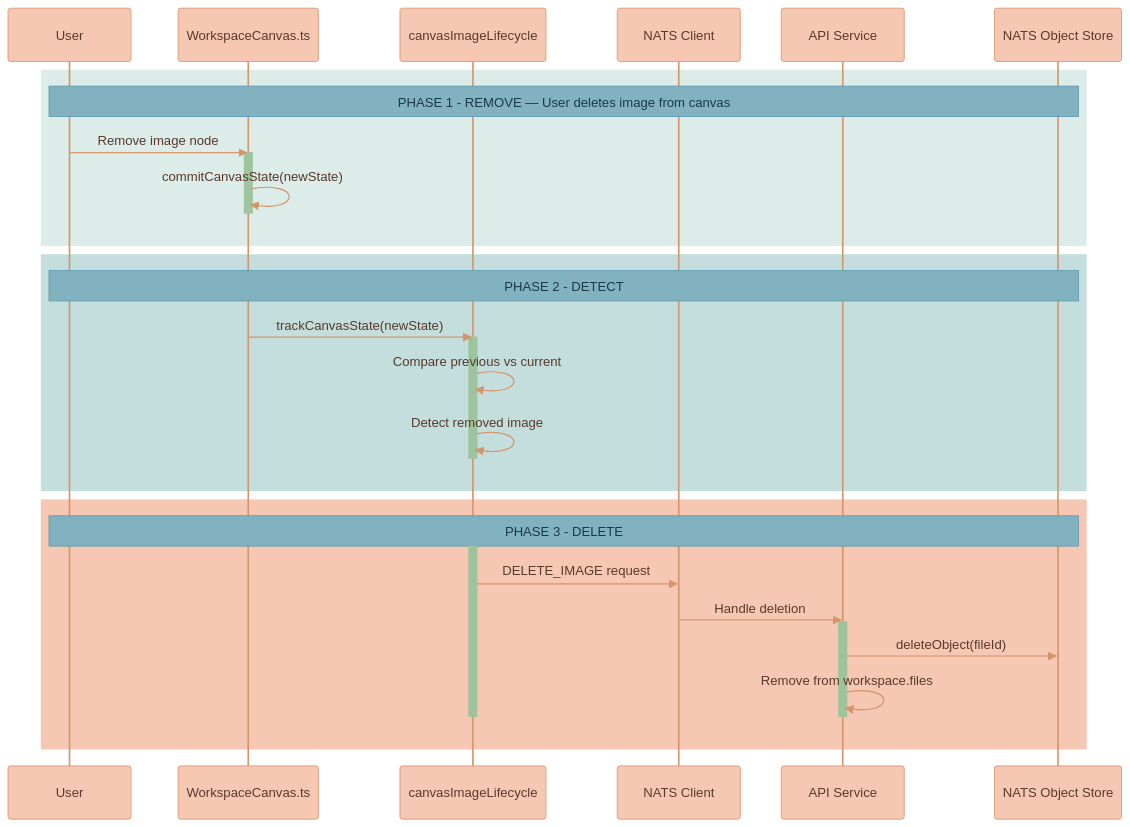
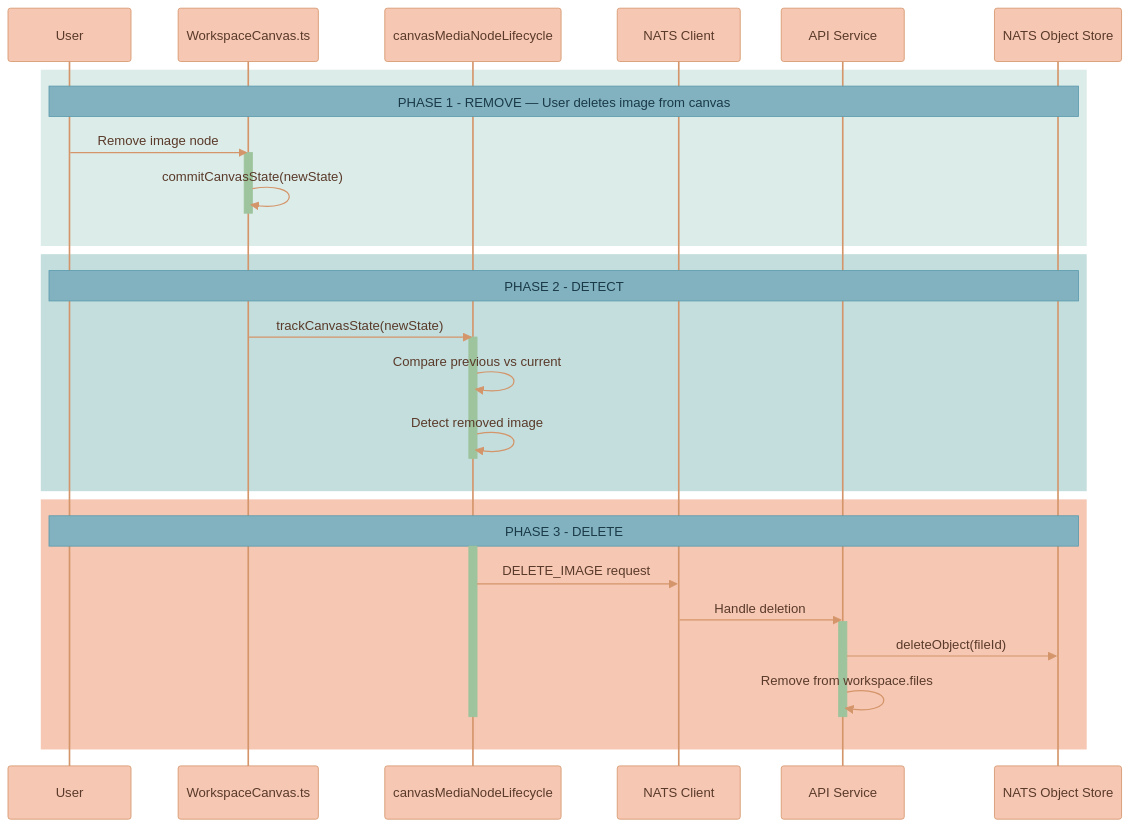
One commit to Lixpi/lixpi changed the fourth of 6 diagrams in documentation/canvas/USER-FLOWS.md. Above: the diagram before and after it, drawn with Mermaid. The commit also changed other lines of this file and 30 other files, not shown here.

````diff
--- a/documentation/canvas/USER-FLOWS.md
+++ b/documentation/canvas/USER-FLOWS.md
@@ -183,47 +183,47 @@
 ```mermaid
 %%{init: {'theme': 'base', 'themeVariables': { 'noteBkgColor': '#82B2C0', 'noteTextColor': '#1a3a47', 'noteBorderColor': '#5a9aad', 'actorBkg': '#F6C7B3', 'actorBorder': '#d4956a', 'actorTextColor': '#5a3a2a', 'actorLineColor': '#d4956a', 'signalColor': '#d4956a', 'signalTextColor': '#5a3a2a', 'labelBoxBkgColor': '#F6C7B3', 'labelBoxBorderColor': '#d4956a', 'labelTextColor': '#5a3a2a', 'loopTextColor': '#5a3a2a', 'activationBorderColor': '#9DC49D', 'activationBkgColor': '#9DC49D', 'sequenceNumberColor': '#5a3a2a'}}}%%
 sequenceDiagram
     participant User
     participant Canvas as WorkspaceCanvas.ts
-    participant Tracker as canvasImageLifecycle
+    participant Tracker as canvasMediaNodeLifecycle
     participant NATS as NATS Client
     participant API as API Service
     participant ObjStore as NATS Object Store
     %% ═══════════════════════════════════════════════════════════════
     %% PHASE 1: REMOVE
     %% ═══════════════════════════════════════════════════════════════
     rect rgb(220, 236, 233)
         Note over User, ObjStore: PHASE 1 - REMOVE — User deletes image from canvas
         User->>Canvas: Remove image node
         activate Canvas
         Canvas->>Canvas: commitCanvasState(newState)
         deactivate Canvas
     end
 
     %% ═══════════════════════════════════════════════════════════════
     %% PHASE 2: DETECT
     %% ═══════════════════════════════════════════════════════════════
     rect rgb(195, 222, 221)
         Note over User, ObjStore: PHASE 2 - DETECT
         Canvas->>Tracker: trackCanvasState(newState)
         activate Tracker
         Tracker->>Tracker: Compare previous vs current
         Tracker->>Tracker: Detect removed image
         deactivate Tracker
     end
 
     %% ═══════════════════════════════════════════════════════════════
     %% PHASE 3: DELETE
     %% ═══════════════════════════════════════════════════════════════
     rect rgb(246, 199, 179)
         Note over User, ObjStore: PHASE 3 - DELETE
         activate Tracker
         Tracker->>NATS: DELETE_IMAGE request
         NATS->>API: Handle deletion
         activate API
         API->>ObjStore: deleteObject(fileId)
         API->>API: Remove from workspace.files
         deactivate API
         deactivate Tracker
     end
 ```
````
